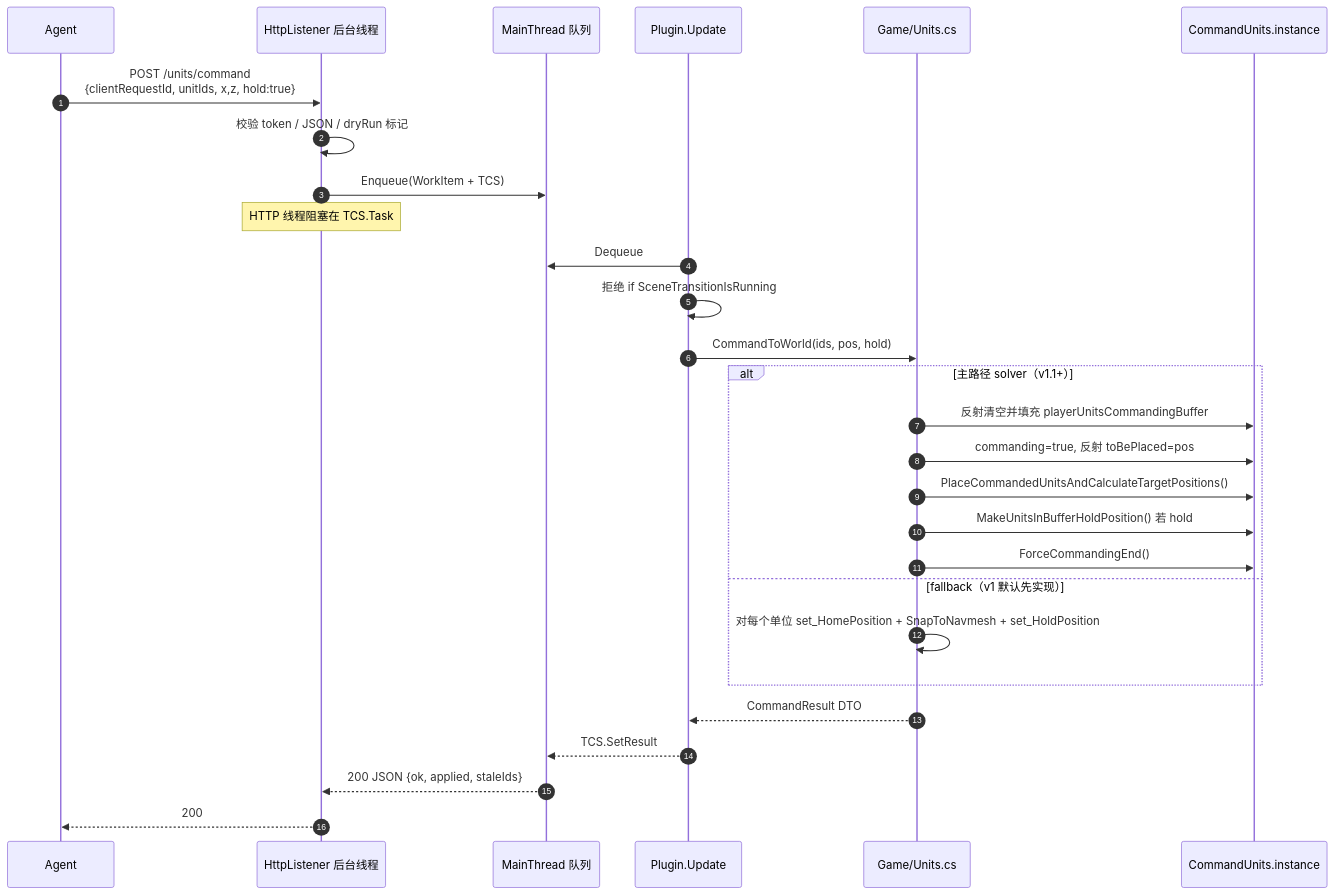
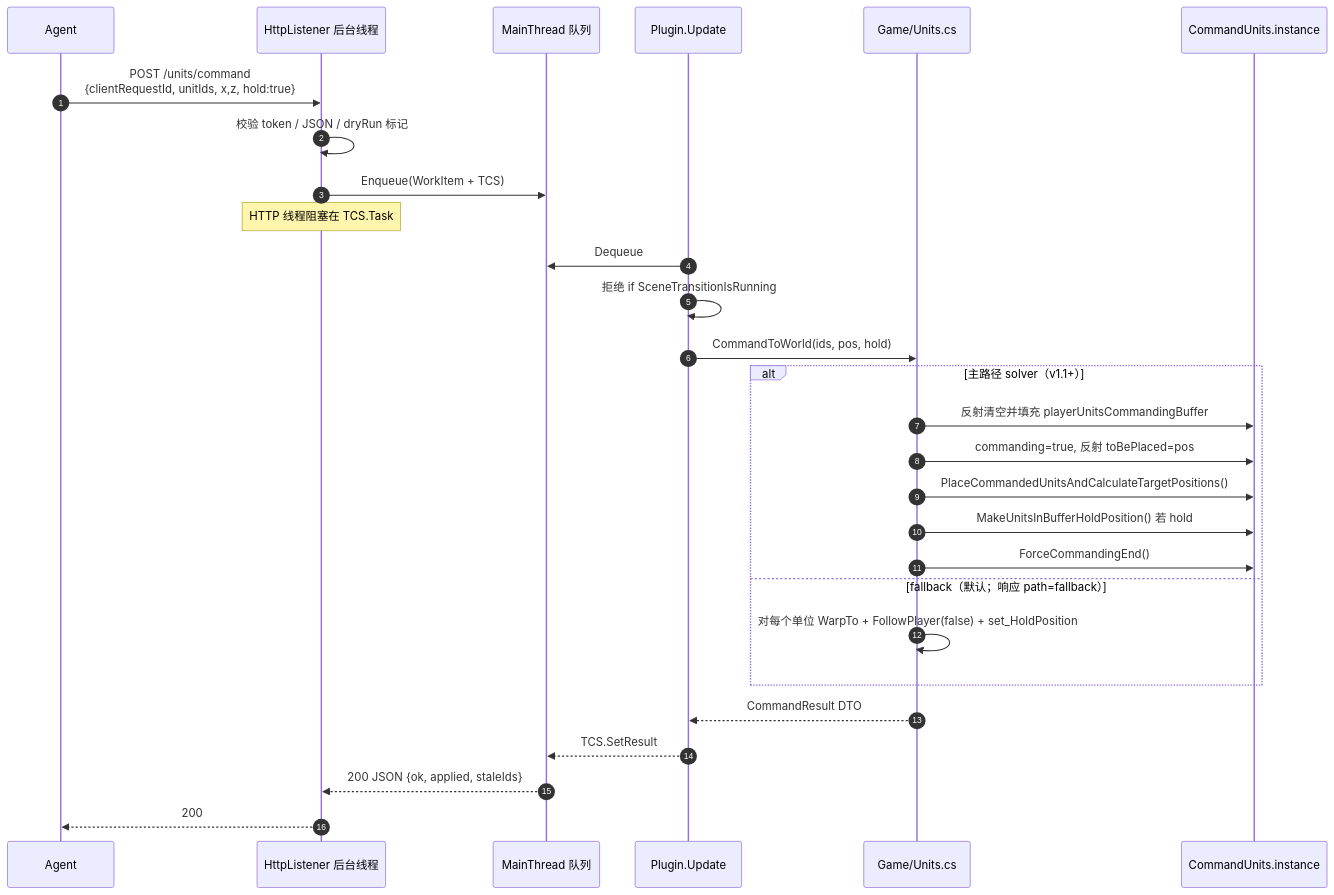
Before and after one commit to occcat/thronefall-mcp: the second of 3 diagrams in docs/design.md, drawn with Mermaid. The commit also changed other lines of this file and 6 other files, not shown here.

````diff
--- a/docs/design.md
+++ b/docs/design.md
@@ -190,31 +190,31 @@
 ```mermaid
 sequenceDiagram
   autonumber
   participant Agent
   participant Http as HttpListener 后台线程
   participant Q as MainThread 队列
   participant Plug as Plugin.Update
   participant Units as Game/Units.cs
   participant CU as CommandUnits.instance
 
   Agent->>Http: POST /units/command<br/>{clientRequestId, unitIds, x,z, hold:true}
   Http->>Http: 校验 token / JSON / dryRun 标记
   Http->>Q: Enqueue(WorkItem + TCS)
   Note over Http: HTTP 线程阻塞在 TCS.Task
   Plug->>Q: Dequeue
   Plug->>Plug: 拒绝 if SceneTransitionIsRunning
   Plug->>Units: CommandToWorld(ids, pos, hold)
   alt 主路径 solver（v1.1+）
     Units->>CU: 反射清空并填充 playerUnitsCommandingBuffer
     Units->>CU: commanding=true, 反射 toBePlaced=pos
     Units->>CU: PlaceCommandedUnitsAndCalculateTargetPositions()
     Units->>CU: MakeUnitsInBufferHoldPosition() 若 hold
     Units->>CU: ForceCommandingEnd()
-  else fallback（v1 默认先实现）
-    Units->>Units: 对每个单位 set_HomePosition + SnapToNavmesh + set_HoldPosition
+  else fallback（默认；响应 path=fallback）
+    Units->>Units: 对每个单位 WarpTo + FollowPlayer(false) + set_HoldPosition
   end
   Units-->>Plug: CommandResult DTO
   Plug-->>Q: TCS.SetResult
   Q-->>Http: 200 JSON {ok, applied, staleIds}
   Http-->>Agent: 200
 ```
````
